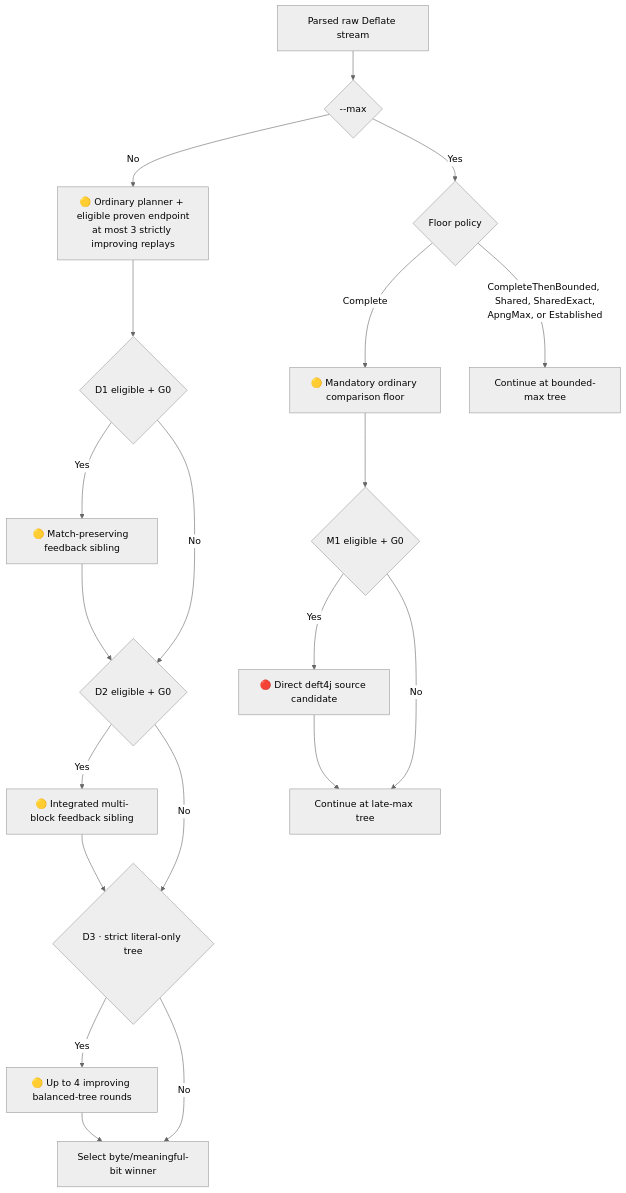
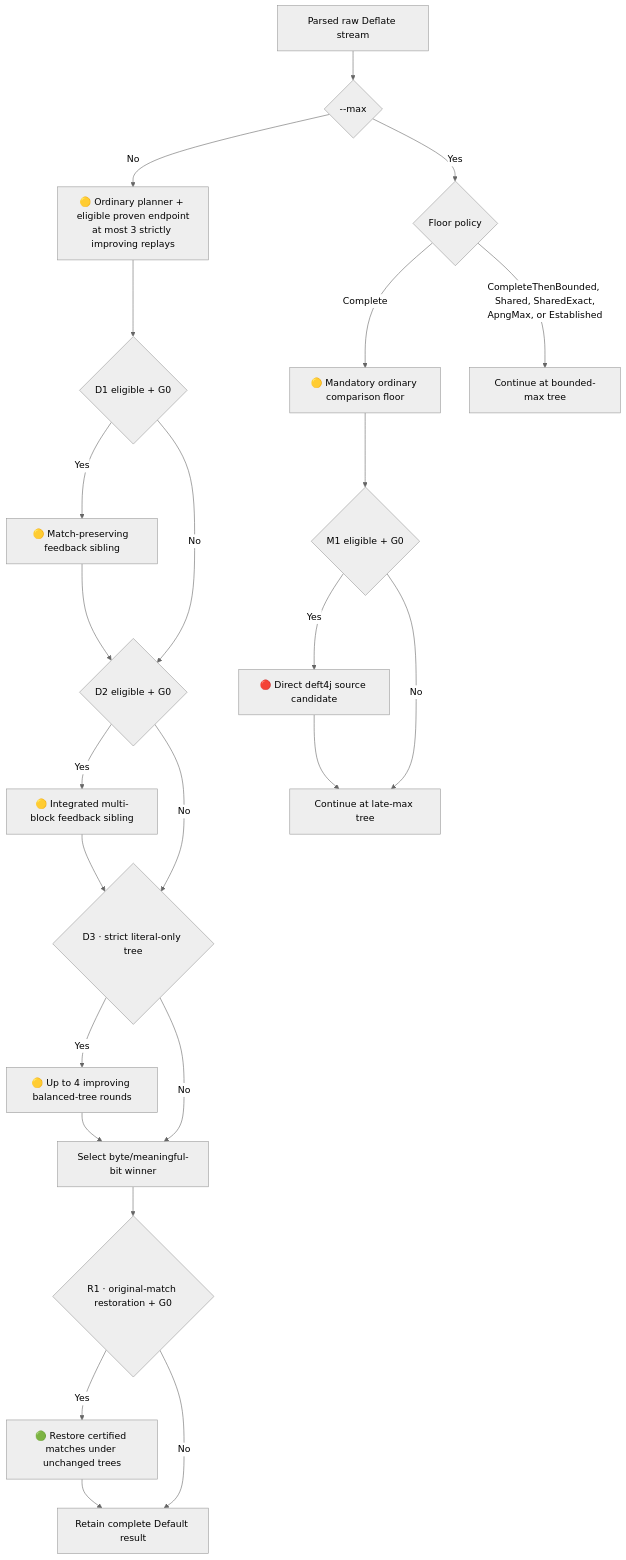
One commit to ace-dent/columbo changed the third of 6 diagrams in docs/routes-and-methods.md. Above: the diagram before and after it, drawn with Mermaid (neutral theme). The commit also changed other lines of this file and 4 other files, not shown here.

First line of the commit message:
core: Restore original match choices after optim

````diff
--- a/docs/routes-and-methods.md
+++ b/docs/routes-and-methods.md
@@ -240,23 +241,27 @@
 ```mermaid
 flowchart TD
     RAW["Parsed raw Deflate stream"] --> MODE{"--max"}
     MODE -- "No" --> DEF["🟡 Ordinary planner + eligible proven endpoint<br/>at most 3 strictly improving replays"]
     DEF --> D1{"D1 eligible + G0"}
     D1 -- "Yes" --> D1RUN["🟡 Match-preserving feedback sibling"]
     D1 -- "No" --> D2
     D1RUN --> D2{"D2 eligible + G0"}
     D2 -- "Yes" --> D2RUN["🟡 Integrated multi-block feedback sibling"]
     D2 -- "No" --> D3
     D2RUN --> D3{"D3 · strict literal-only tree"}
     D3 -- "Yes" --> D3RUN["🟡 Up to 4 improving balanced-tree rounds"]
     D3 -- "No" --> PICK
     D3RUN --> PICK["Select byte/meaningful-bit winner"]
+    PICK --> R1{"R1 · original-match restoration + G0"}
+    R1 -- "Yes" --> RESTORE["🟢 Restore certified matches under unchanged trees"]
+    R1 -- "No" --> DEFAULTEND["Retain complete Default result"]
+    RESTORE --> DEFAULTEND
 
     MODE -- "Yes" --> POLICY{"Floor policy"}
     POLICY -- "Complete" --> CFLOOR["🟡 Mandatory ordinary comparison floor"]
     CFLOOR --> CM1{"M1 eligible + G0"}
     CM1 -- "Yes" --> CDEFT["🔴 Direct deft4j source candidate"]
     CM1 -- "No" --> LATE["Continue at late-max tree"]
     CDEFT --> LATE
     POLICY -- "CompleteThenBounded, Shared, SharedExact,<br/>ApngMax, or Established" --> BOUNDED["Continue at bounded-max tree"]
 ```
````
